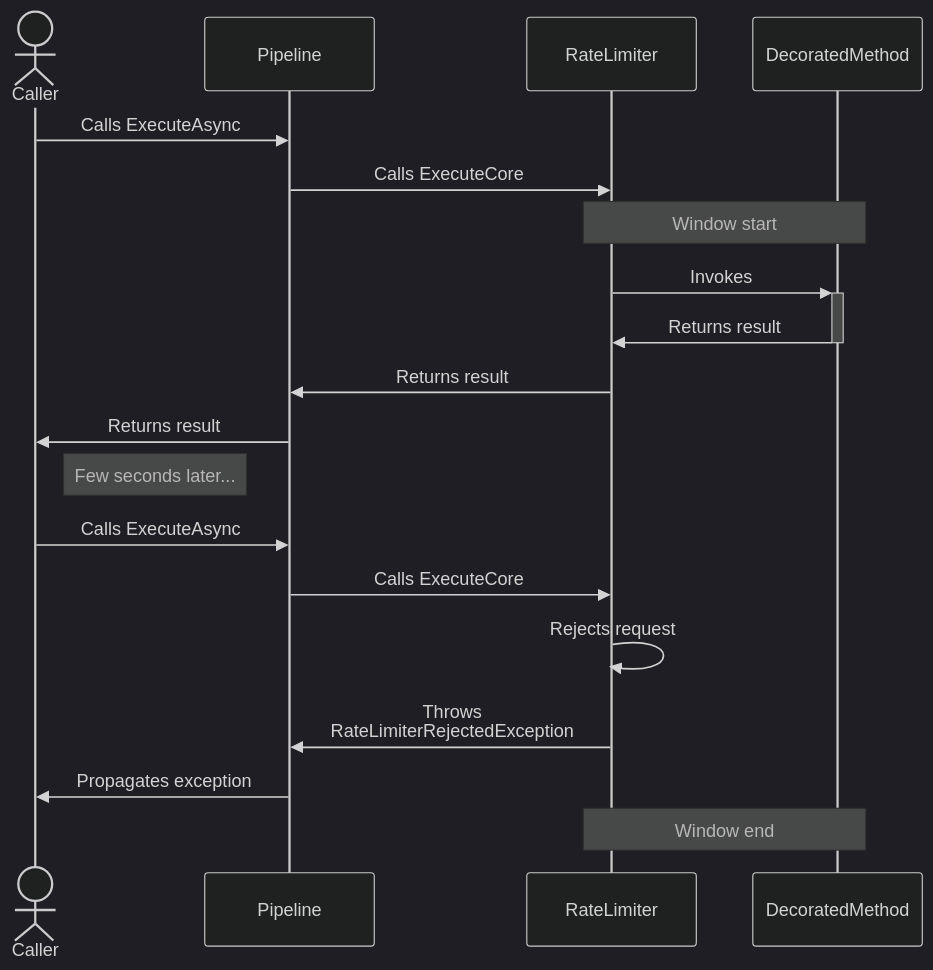
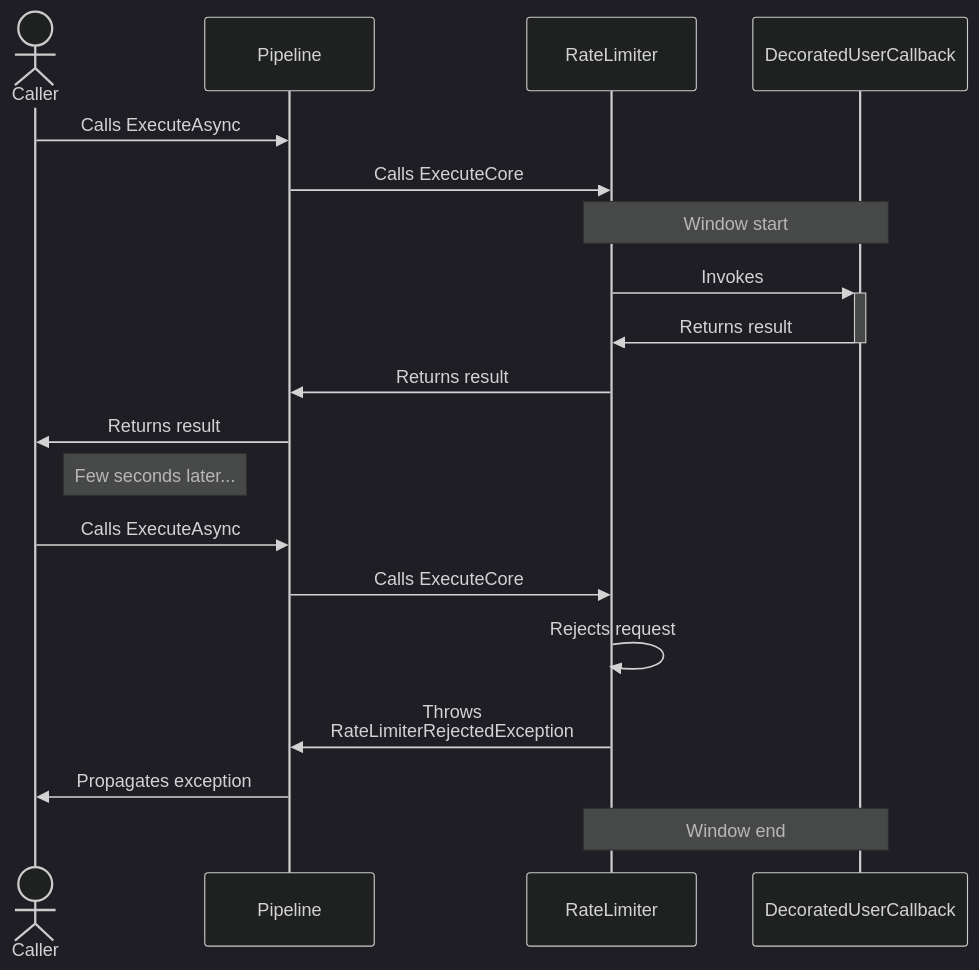
Before and after one commit to App-vNext/Polly: the second of 4 diagrams in docs/strategies/rate-limiter.md, drawn with Mermaid. The commit also changed other lines of this file and 3 other files, not shown here.

Commit message:
Rename decorated method to decorated user callback

````diff
--- a/docs/strategies/rate-limiter.md
+++ b/docs/strategies/rate-limiter.md
@@ -114,23 +114,23 @@
 ```mermaid
 %%{init: {'theme':'dark'}}%%
 sequenceDiagram
     actor C as Caller
     participant P as Pipeline
     participant RL as RateLimiter
-    participant DM as DecoratedMethod
+    participant D as DecoratedUserCallback
 
     C->>P: Calls ExecuteAsync
     P->>RL: Calls ExecuteCore
-    Note over RL,DM: Window start
-    RL->>+DM: Invokes
-    DM->>-RL: Returns result
+    Note over RL,D: Window start
+    RL->>+D: Invokes
+    D->>-RL: Returns result
     RL->>P: Returns result
     P->>C: Returns result
     Note right of C: Few seconds later...
     C->>P: Calls ExecuteAsync
     P->>RL: Calls ExecuteCore
     RL->>RL: Rejects request
     RL->>P: Throws <br/>RateLimiterRejectedException
     P->>C: Propagates exception
-    Note over RL,DM: Window end
+    Note over RL,D: Window end
 ```
````
